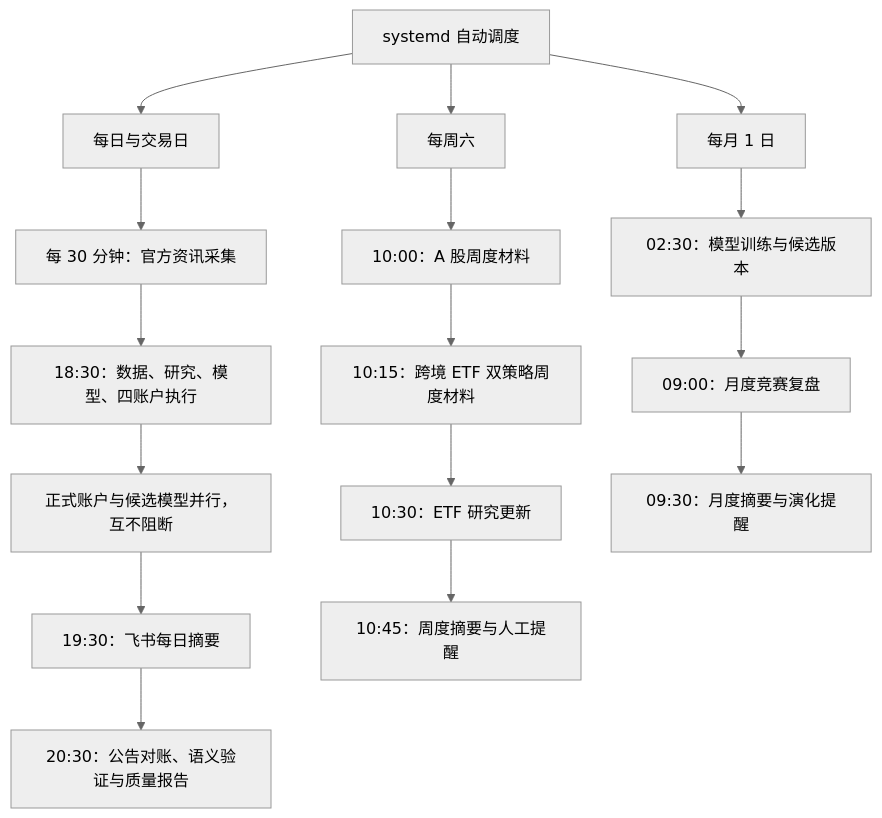
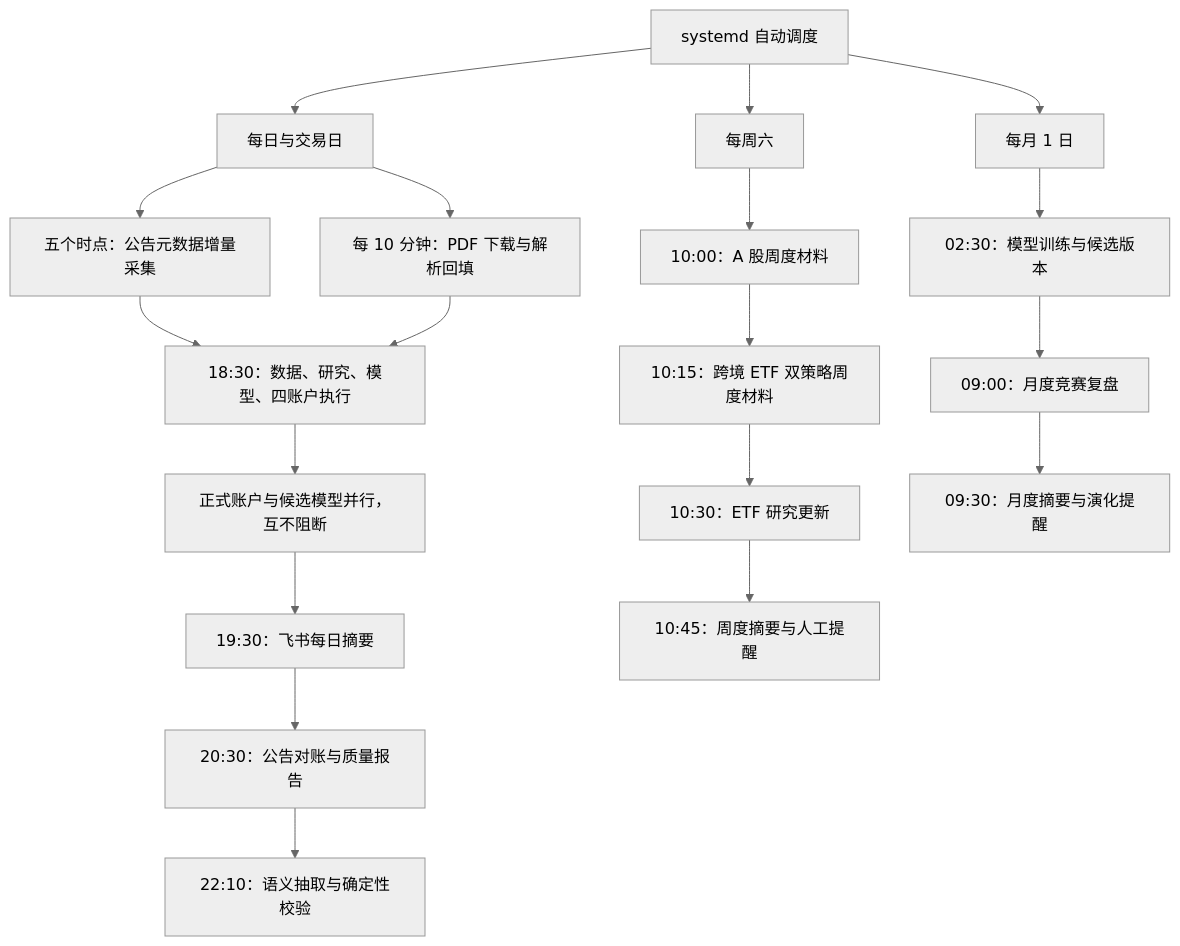
One commit to skaleto/stock-analyze changed the fourth of 4 diagrams in docs/system-overview.md. Above: the diagram before and after it, drawn with Mermaid (neutral theme). The commit also changed other lines of this file, not shown here.

````diff
--- a/docs/system-overview.md
+++ b/docs/system-overview.md
@@ -153,18 +153,21 @@
 ```mermaid
 flowchart TD
     R[systemd 自动调度] --> D0[每日与交易日]
     R --> W0[每周六]
     R --> M0[每月 1 日]
-    D0 --> D1[每 30 分钟：官方资讯采集]
+    D0 --> D1[五个时点：公告元数据增量采集]
+    D0 --> D1A[每 10 分钟：PDF 下载与解析回填]
     D1 --> D2[18:30：数据、研究、模型、四账户执行]
+    D1A --> D2
     D2 --> D3[正式账户与候选模型并行，互不阻断]
     D3 --> D4[19:30：飞书每日摘要]
-    D4 --> D5[20:30：公告对账、语义验证与质量报告]
+    D4 --> D5[20:30：公告对账与质量报告]
+    D5 --> D6[22:10：语义抽取与确定性校验]
     W0 --> W1[10:00：A 股周度材料]
     W1 --> W2[10:15：跨境 ETF 双策略周度材料]
     W2 --> W3[10:30：ETF 研究更新]
     W3 --> W4[10:45：周度摘要与人工提醒]
     M0 --> M1[02:30：模型训练与候选版本]
     M1 --> M2[09:00：月度竞赛复盘]
     M2 --> M3[09:30：月度摘要与演化提醒]
 ```
````
